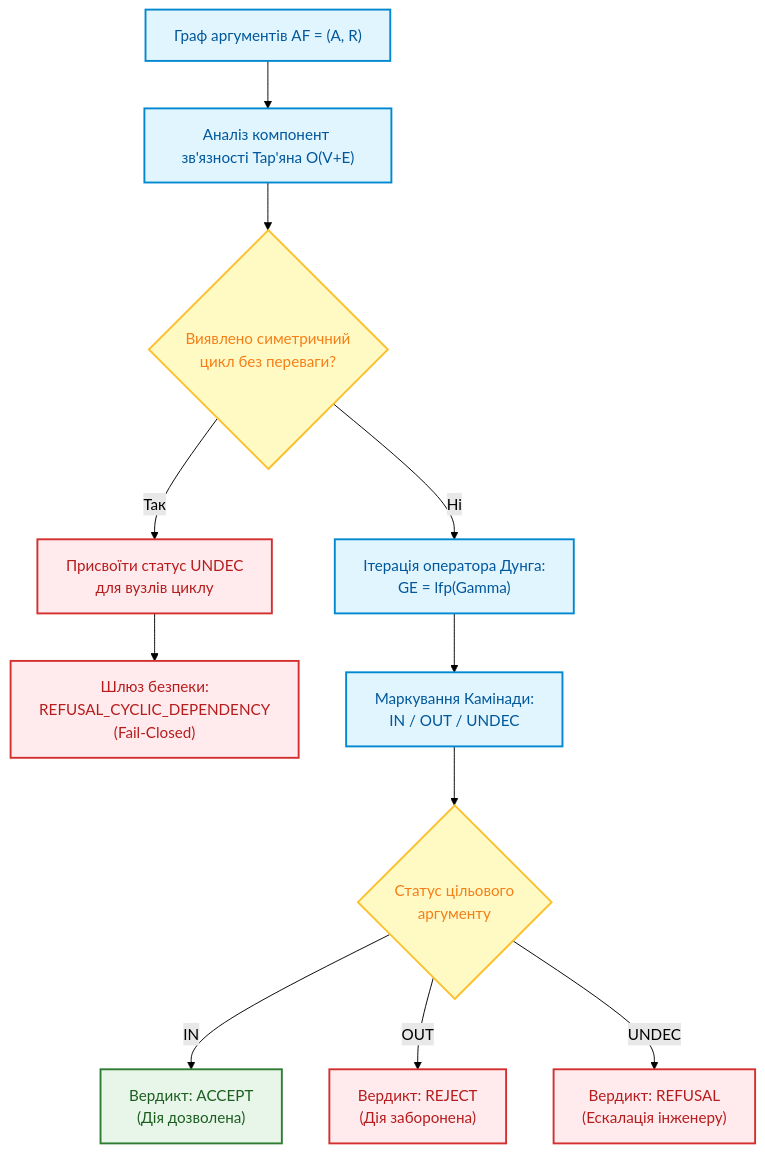
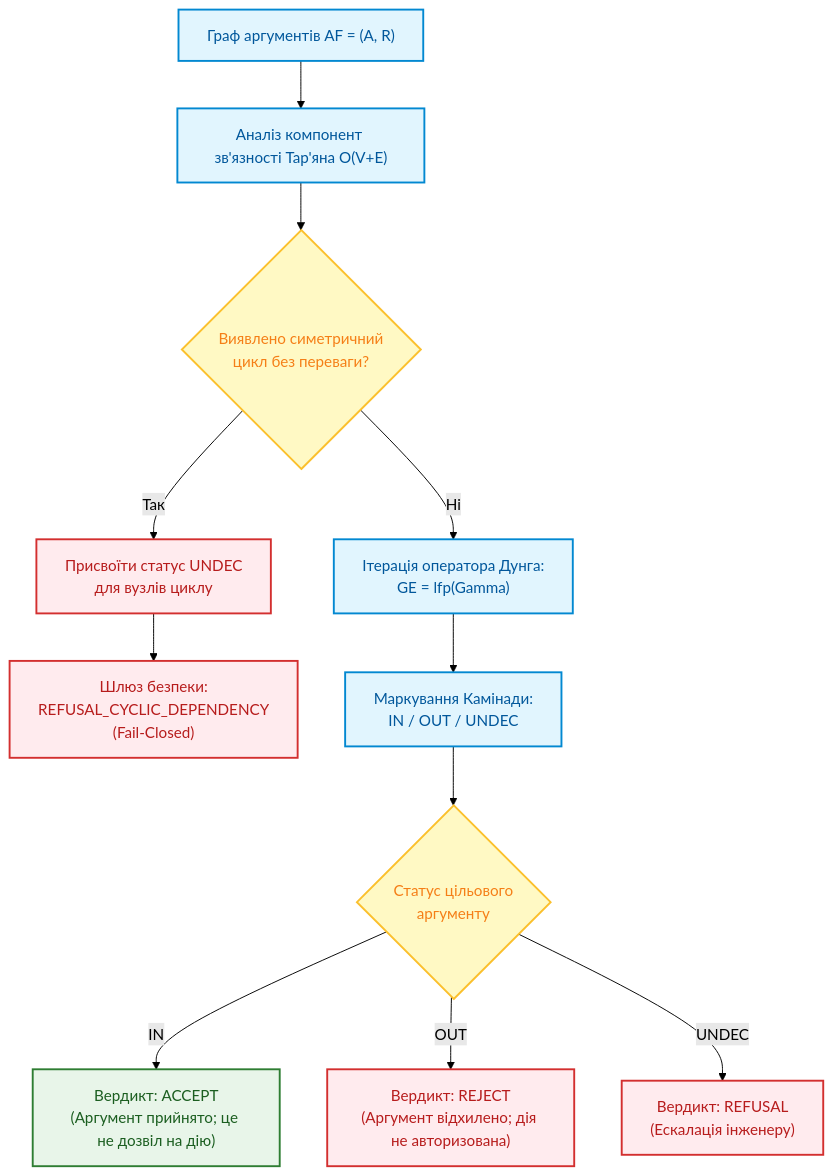
One commit to nick-fedchik/articles changed the fifth of 8 diagrams in ExpertSystem/ch31-syllogistic-reasoning-and-relation-lattices.md. Above: the diagram before and after it, drawn with Mermaid (forest theme). The commit also changed other lines of this file and 14 other files, not shown here.

````diff
--- a/ExpertSystem/ch31-syllogistic-reasoning-and-relation-lattices.md
+++ b/ExpertSystem/ch31-syllogistic-reasoning-and-relation-lattices.md
@@ -465,29 +465,29 @@
 ```mermaid
 flowchart TB
     accTitle: Алгоритм заземленого оцінювання та маркування Камінади
     accDescr: Топологічний аналіз Тар'яна та ітеративне обчислення найменшої нерухомої точки оператора Дунга.
 
     G["Граф аргументів AF = (A, R)"] --> SCC["Аналіз компонент зв'язності Тар'яна O(V+E)"]
     SCC --> CHK{"Виявлено симетричний<br/>цикл без переваги?"}
     
     CHK -- "Так" --> UND["Присвоїти статус UNDEC<br/>для вузлів циклу"]
     UND --> REF["Шлюз безпеки:<br/>REFUSAL_CYCLIC_DEPENDENCY<br/>(Fail-Closed)"]
     
     CHK -- "Ні" --> FP["Ітерація оператора Дунга:<br/>GE = lfp(Gamma)"]
     FP --> LAB["Маркування Камінади:<br/>IN / OUT / UNDEC"]
     LAB --> VER{"Статус цільового<br/>аргументу"}
     
-    VER -- "IN" --> ACC["Вердикт: ACCEPT<br/>(Дія дозволена)"]
-    VER -- "OUT" --> BLK["Вердикт: REJECT<br/>(Дія заборонена)"]
+    VER -- "IN" --> ACC["Вердикт: ACCEPT<br/>(Аргумент прийнято; це не дозвіл на дію)"]
+    VER -- "OUT" --> BLK["Вердикт: REJECT<br/>(Аргумент відхилено; дія не авторизована)"]
     VER -- "UNDEC" --> ESC["Вердикт: REFUSAL<br/>(Ескалація інженеру)"]
 
     classDef proc fill:#e1f5fe,stroke:#0288d1,stroke-width:2px,color:#01579b;
     classDef dec fill:#fff9c4,stroke:#fbc02d,stroke-width:2px,color:#f57f17;
     classDef safe fill:#e8f5e9,stroke:#2e7d32,stroke-width:2px,color:#1b5e20;
     classDef err fill:#ffebee,stroke:#d32f2f,stroke-width:2px,color:#b71c1c;
 
     class G,SCC,FP,LAB proc;
     class CHK,VER dec;
     class ACC safe;
     class UND,REF,BLK,ESC err;
 ```
````
